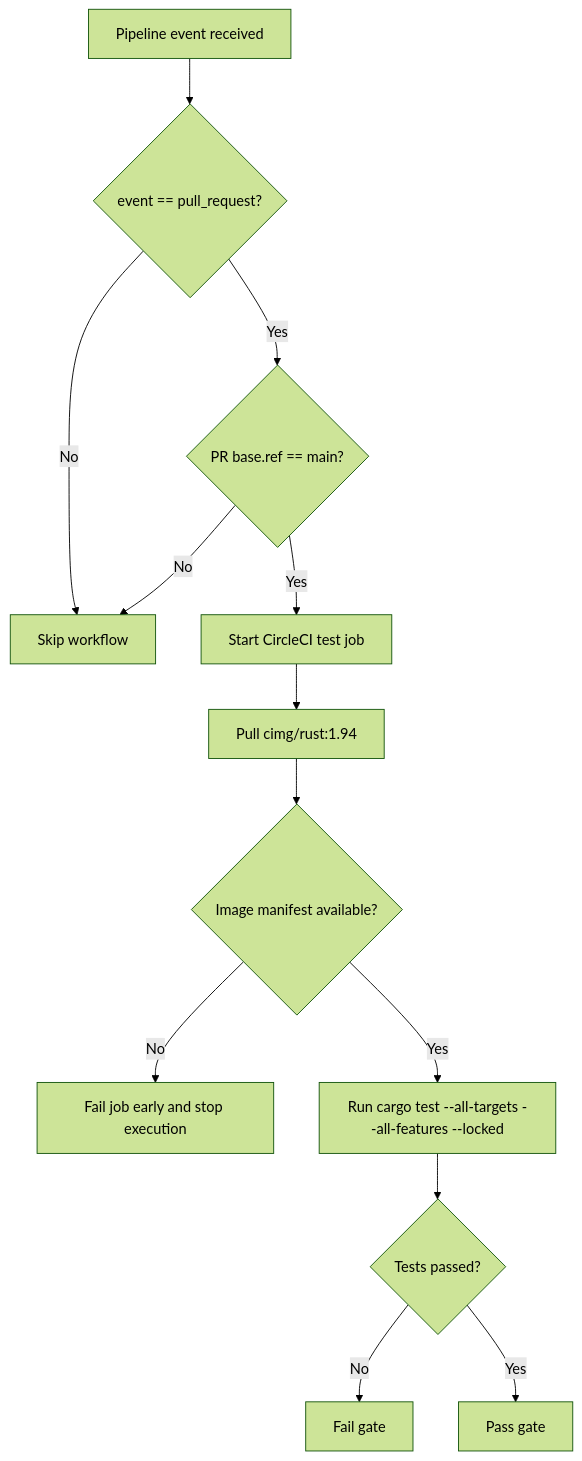
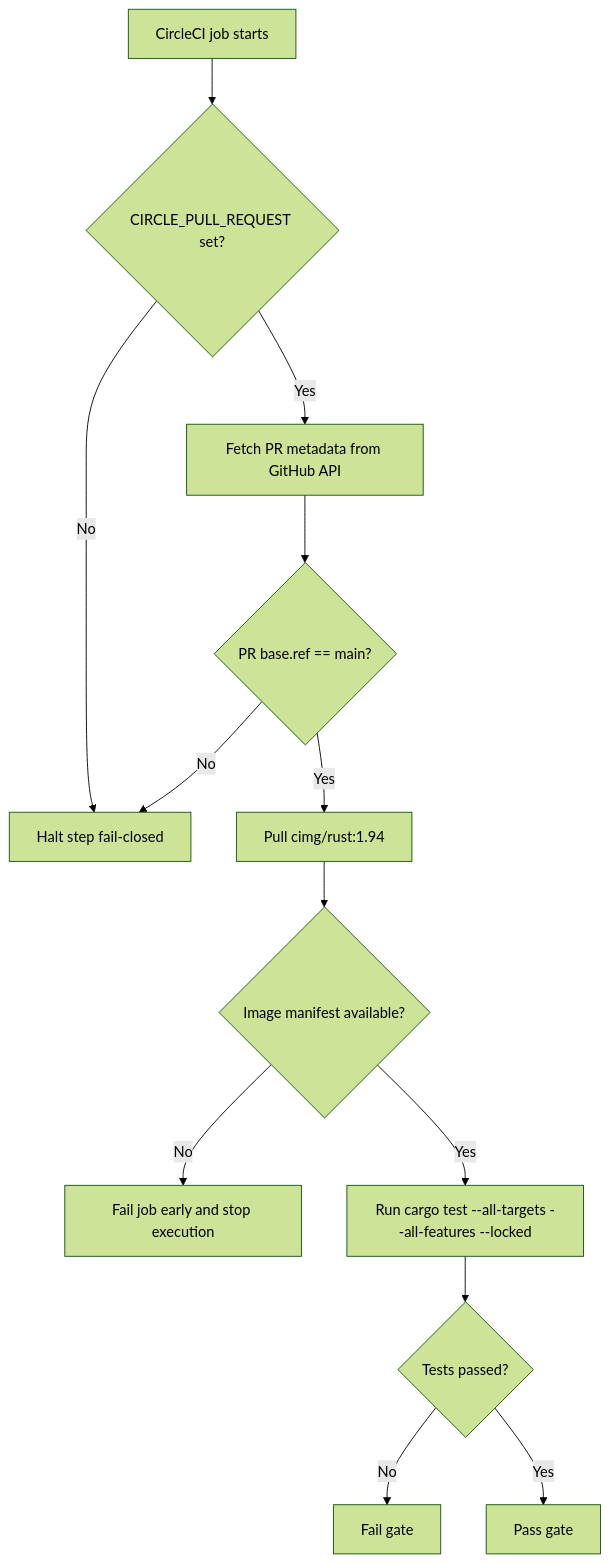
The second of 2 diagrams in flowcharts/phase-4-pr-test-gate.md (vivekvedant/prune-guard), drawn with Mermaid (forest theme) before and after one commit. The commit also changed other lines of this file and 3 other files, not shown here.

````diff
--- a/flowcharts/phase-4-pr-test-gate.md
+++ b/flowcharts/phase-4-pr-test-gate.md
@@ -27,15 +27,15 @@
 ```mermaid
 flowchart TD
-    A[Pipeline event received] --> B{event == pull_request?}
-    B -- No --> C[Skip workflow]
-    B -- Yes --> D{PR base.ref == main?}
-    D -- No --> C
-    D -- Yes --> E[Start CircleCI test job]
-    E --> F[Pull cimg/rust:1.94]
+    A[CircleCI job starts] --> B{CIRCLE_PULL_REQUEST set?}
+    B -- No --> C[Halt step fail-closed]
+    B -- Yes --> D[Fetch PR metadata from GitHub API]
+    D --> E{PR base.ref == main?}
+    E -- No --> C
+    E -- Yes --> F[Pull cimg/rust:1.94]
     F --> G{Image manifest available?}
     G -- No --> H[Fail job early and stop execution]
     G -- Yes --> I[Run cargo test --all-targets --all-features --locked]
     I --> J{Tests passed?}
     J -- No --> K[Fail gate]
     J -- Yes --> L[Pass gate]
 ```
````
